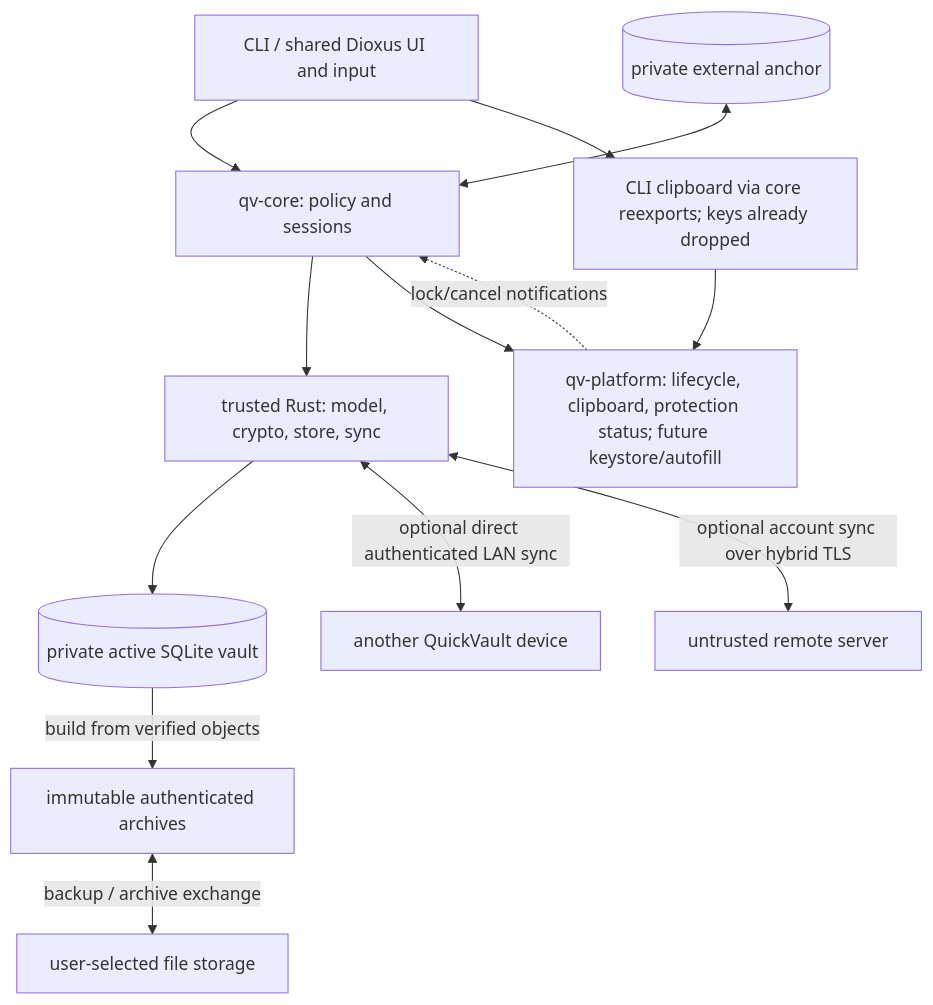
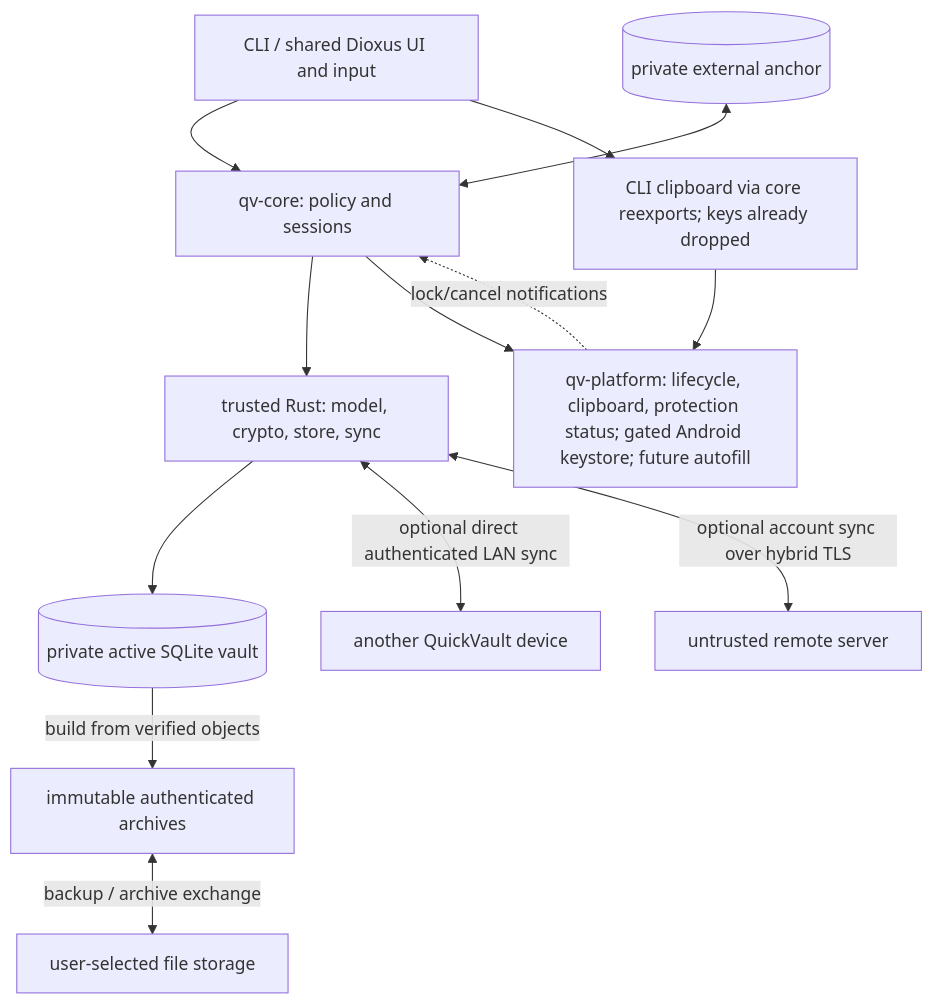
The diagram in ARCHITECTURE.md (rdbo/quickvault), drawn with Mermaid before and after one commit. The commit also changed other lines of this file and 37 other files, not shown here.

````diff
--- a/ARCHITECTURE.md
+++ b/ARCHITECTURE.md
@@ -344,15 +356,15 @@
 ```mermaid
 flowchart TB
     ui["CLI / shared Dioxus UI and input"] --> core["qv-core: policy and sessions"]
     core --> rust["trusted Rust: model, crypto, store, sync"]
-    core --> platform["qv-platform: lifecycle, clipboard, protection status; future keystore/autofill"]
+    core --> platform["qv-platform: lifecycle, clipboard, protection status; gated Android keystore; future autofill"]
     platform -. "lock/cancel notifications" .-> core
     ui --> clip["CLI clipboard via core reexports; keys already dropped"]
     clip --> platform
     rust --> db[("private active SQLite vault")]
     db -->|"build from verified objects"| snapshot["immutable authenticated archives"]
     snapshot <-->|"backup / archive exchange"| files["user-selected file storage"]
     rust <-->|"optional direct authenticated LAN sync"| peer["another QuickVault device"]
     rust <-->|"optional account sync over hybrid TLS"| server["untrusted remote server"]
     anchor[("private external anchor")] <--> core
 ```
````
